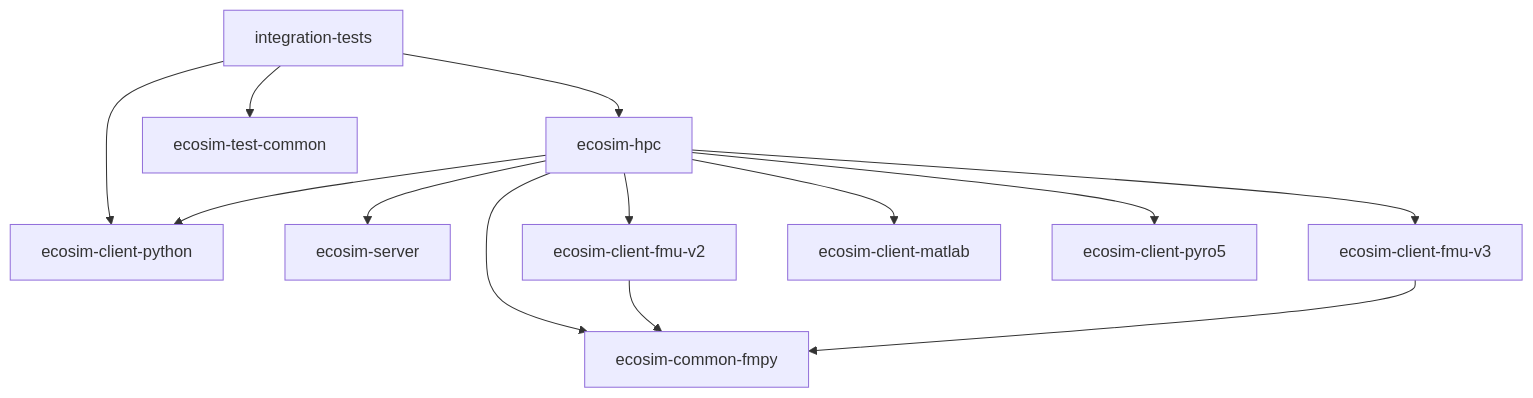
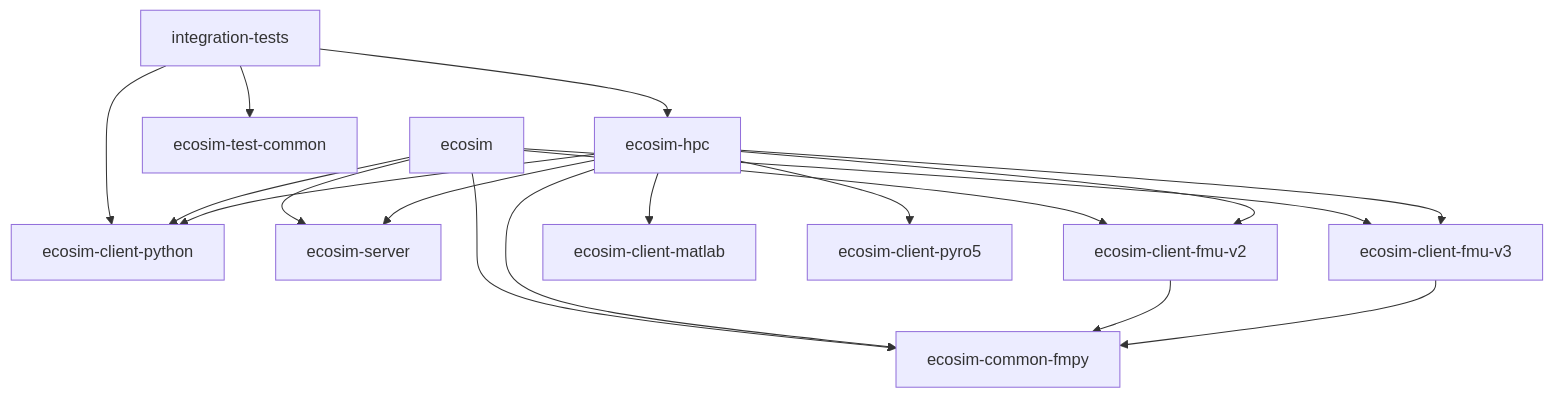
Before and after one commit to KIT-IAI-ESA/eCoSim: the diagram in docs/content/development/architecture.md, drawn with Mermaid. The commit also changed other lines of this file and 66 other files, not shown here.

````diff
--- a/docs/content/development/architecture.md
+++ b/docs/content/development/architecture.md
@@ -27,15 +28,20 @@
 ```mermaid
 flowchart TD
   tests[integration-tests] --> hpc[ecosim-hpc]
   tests --> testcommon[ecosim-test-common]
   tests --> python[ecosim-client-python]
+  ecosim[ecosim] --> server
+  ecosim --> fmu2
+  ecosim --> fmu3
+  ecosim --> python
+  ecosim --> fmpy
   hpc --> server[ecosim-server]
   hpc --> fmu2[ecosim-client-fmu-v2]
   hpc --> fmu3[ecosim-client-fmu-v3]
   hpc --> matlab[ecosim-client-matlab]
   hpc --> pyro[ecosim-client-pyro5]
   hpc --> python
   hpc --> fmpy[ecosim-common-fmpy]
   fmu2 --> fmpy
   fmu3 --> fmpy
 ```
````
